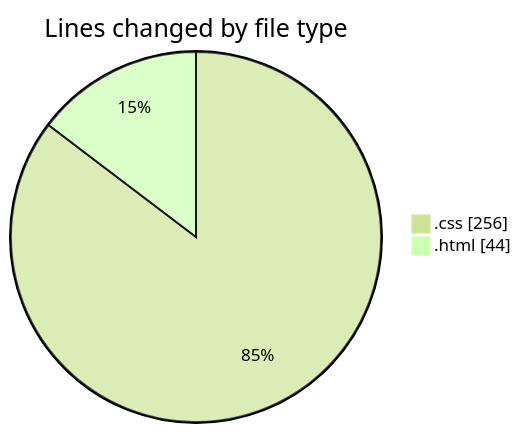
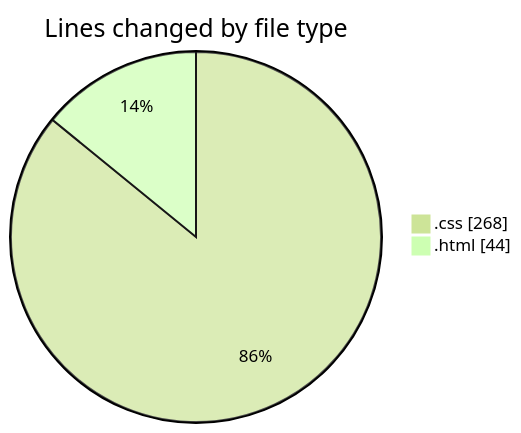
One commit to NitaiMahat/code-tracking changed the first of 2 diagrams in 2025-01-26/results-summary-component-main/README.md. Above: the diagram before and after it, drawn with Mermaid (forest theme). The commit also changed other lines of this file and 1 other file, not shown here.

````diff
--- a/2025-01-26/results-summary-component-main/README.md
+++ b/2025-01-26/results-summary-component-main/README.md
@@ -21,6 +21,6 @@
 ```mermaid
 pie showData
 title Lines changed by file type
-".css" : 256
+".css" : 268
 ".html" : 44
 ```
````
